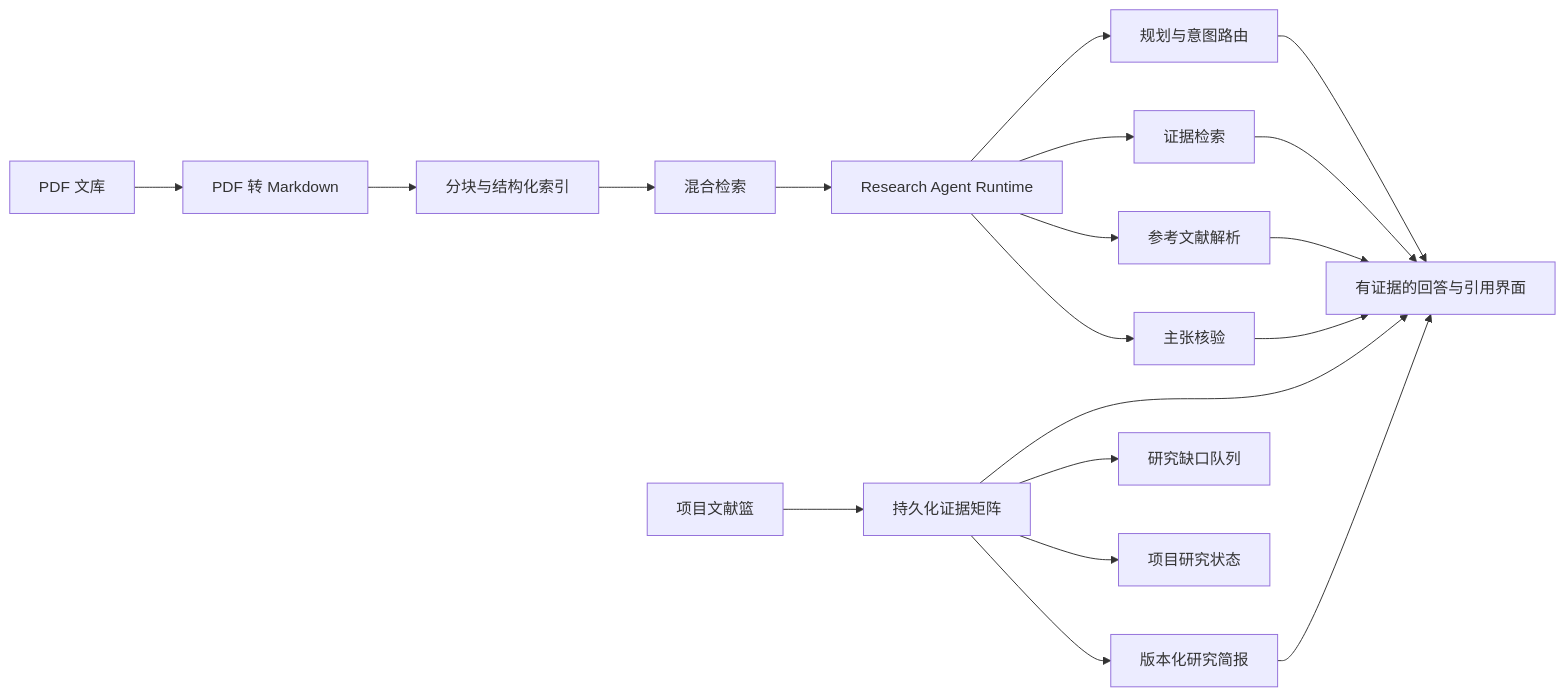
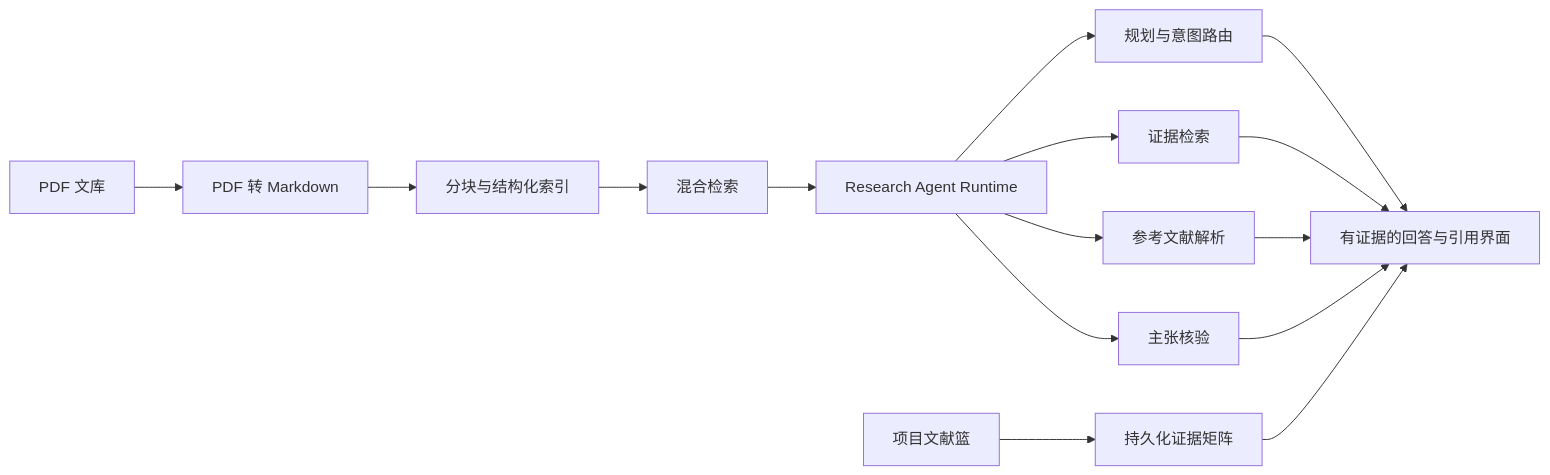
One commit to LittlePyx/Pi_zaya changed the diagram in README.zh-CN.md. Above: the diagram before and after it, drawn with Mermaid. The commit also changed other lines of this file and 28 other files, not shown here.

````diff
--- a/README.zh-CN.md
+++ b/README.zh-CN.md
@@ -92,21 +89,17 @@
 ```mermaid
 flowchart LR
   A["PDF 文库"] --> B["PDF 转 Markdown"]
   B --> C["分块与结构化索引"]
   C --> D["混合检索"]
   D --> E["Research Agent Runtime"]
   E --> P["规划与意图路由"]
   E --> R["证据检索"]
   E --> X["参考文献解析"]
   E --> V["主张核验"]
   L["项目文献篮"] --> EM["持久化证据矩阵"]
-  EM --> RB["版本化研究简报"]
-  EM --> RG["研究缺口队列"]
-  EM --> PS["项目研究状态"]
   P --> O["有证据的回答与引用界面"]
   R --> O
   X --> O
   V --> O
   EM --> O
-  RB --> O
 ```
````
